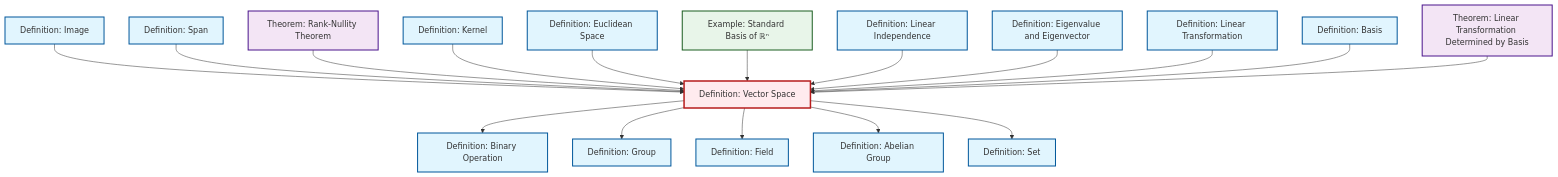
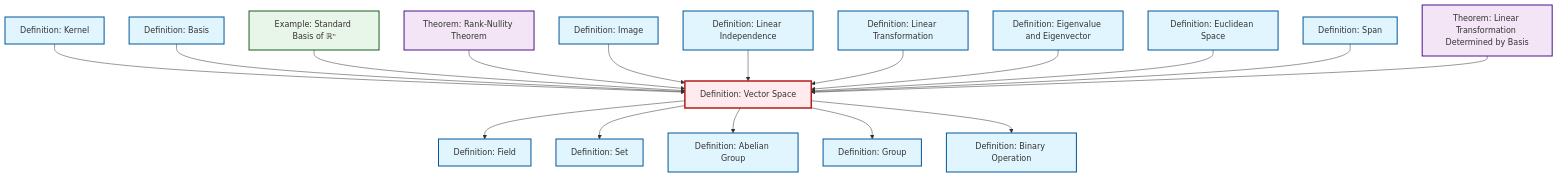
One commit to RK0429/ModernMath changed the diagram in content/ja/algebra/def-vector-space.qmd. Above: the diagram before and after it, drawn with Mermaid. The commit also changed other lines of this file and 360 other files, not shown here.

````diff
--- a/content/ja/algebra/def-vector-space.qmd
+++ b/content/ja/algebra/def-vector-space.qmd
@@ -56,59 +56,59 @@
 ```{mermaid}
 %%| fig-cap: "Local dependency graph"
 graph TD
     classDef definition fill:#e1f5fe,stroke:#01579b,stroke-width:2px
     classDef theorem fill:#f3e5f5,stroke:#4a148c,stroke-width:2px
     classDef axiom fill:#fff3e0,stroke:#e65100,stroke-width:2px
     classDef example fill:#e8f5e9,stroke:#1b5e20,stroke-width:2px
     classDef current fill:#ffebee,stroke:#b71c1c,stroke-width:3px
-    def-binary-operation["Definition: Binary Operation"]:::definition
+    def-basis["Definition: Basis"]:::definition
+    def-span["Definition: Span"]:::definition
     def-abelian-group["Definition: Abelian Group"]:::definition
-    def-eigenvalue-eigenvector["Definition: Eigenvalue and Eigenvector"]:::definition
+    thm-linear-transformation-basis["Theorem: Linear Transformation Determined by Basis"]:::theorem
+    thm-rank-nullity["Theorem: Rank-Nullity Theorem"]:::theorem
     def-kernel["Definition: Kernel"]:::definition
     def-field["Definition: Field"]:::definition
+    def-image["Definition: Image"]:::definition
+    def-set["Definition: Set"]:::definition
+    def-vector-space["Definition: Vector Space"]:::definition
+    def-eigenvalue-eigenvector["Definition: Eigenvalue and Eigenvector"]:::definition
+    ex-standard-basis-rn["Example: Standard Basis of ℝⁿ"]:::example
     def-group["Definition: Group"]:::definition
+    def-euclidean-space["Definition: Euclidean Space"]:::definition
     def-linear-independence["Definition: Linear Independence"]:::definition
-    def-basis["Definition: Basis"]:::definition
+    def-binary-operation["Definition: Binary Operation"]:::definition
     def-linear-transformation["Definition: Linear Transformation"]:::definition
-    def-vector-space["Definition: Vector Space"]:::definition
-    ex-standard-basis-rn["Example: Standard Basis of ℝⁿ"]:::example
-    thm-rank-nullity["Theorem: Rank-Nullity Theorem"]:::theorem
-    def-set["Definition: Set"]:::definition
-    thm-linear-transformation-basis["Theorem: Linear Transformation Determined by Basis"]:::theorem
-    def-euclidean-space["Definition: Euclidean Space"]:::definition
-    def-image["Definition: Image"]:::definition
-    def-span["Definition: Span"]:::definition
+    def-vector-space --> def-field
+    def-vector-space --> def-set
+    def-kernel --> def-vector-space
+    def-basis --> def-vector-space
+    ex-standard-basis-rn --> def-vector-space
+    def-vector-space --> def-abelian-group
+    thm-rank-nullity --> def-vector-space
     def-image --> def-vector-space
-    def-vector-space --> def-binary-operation
+    def-linear-independence --> def-vector-space
+    def-linear-transformation --> def-vector-space
+    def-eigenvalue-eigenvector --> def-vector-space
+    def-euclidean-space --> def-vector-space
     def-span --> def-vector-space
     def-vector-space --> def-group
-    thm-rank-nullity --> def-vector-space
-    def-kernel --> def-vector-space
-    def-euclidean-space --> def-vector-space
-    def-vector-space --> def-field
-    ex-standard-basis-rn --> def-vector-space
-    def-linear-independence --> def-vector-space
-    def-vector-space --> def-abelian-group
-    def-eigenvalue-eigenvector --> def-vector-space
-    def-linear-transformation --> def-vector-space
-    def-basis --> def-vector-space
     thm-linear-transformation-basis --> def-vector-space
-    def-vector-space --> def-set
+    def-vector-space --> def-binary-operation
     class def-vector-space current
-    click def-binary-operation "def-binary-operation.html" "Definition: Binary Operationへ"
+    click def-basis "def-basis.html" "Definition: Basisへ"
+    click def-span "def-span.html" "Definition: Spanへ"
     click def-abelian-group "def-abelian-group.html" "Definition: Abelian Groupへ"
-    click def-eigenvalue-eigenvector "def-eigenvalue-eigenvector.html" "Definition: Eigenvalue and Eigenvectorへ"
+    click thm-linear-transformation-basis "thm-linear-transformation-basis.html" "Theorem: Linear Transformation Determined by Basisへ"
+    click thm-rank-nullity "thm-rank-nullity.html" "Theorem: Rank-Nullity Theoremへ"
     click def-kernel "def-kernel.html" "Definition: Kernelへ"
     click def-field "def-field.html" "Definition: Fieldへ"
+    click def-image "def-image.html" "Definition: Imageへ"
+    click def-set "def-set.html" "Definition: Setへ"
+    click def-eigenvalue-eigenvector "def-eigenvalue-eigenvector.html" "Definition: Eigenvalue and Eigenvectorへ"
+    click ex-standard-basis-rn "ex-standard-basis-rn.html" "Example: Standard Basis of ℝⁿへ"
     click def-group "def-group.html" "Definition: Groupへ"
+    click def-euclidean-space "def-euclidean-space.html" "Definition: Euclidean Spaceへ"
     click def-linear-independence "def-linear-independence.html" "Definition: Linear Independenceへ"
-    click def-basis "def-basis.html" "Definition: Basisへ"
+    click def-binary-operation "def-binary-operation.html" "Definition: Binary Operationへ"
     click def-linear-transformation "def-linear-transformation.html" "Definition: Linear Transformationへ"
-    click ex-standard-basis-rn "ex-standard-basis-rn.html" "Example: Standard Basis of ℝⁿへ"
-    click thm-rank-nullity "thm-rank-nullity.html" "Theorem: Rank-Nullity Theoremへ"
-    click def-set "def-set.html" "Definition: Setへ"
-    click thm-linear-transformation-basis "thm-linear-transformation-basis.html" "Theorem: Linear Transformation Determined by Basisへ"
-    click def-euclidean-space "def-euclidean-space.html" "Definition: Euclidean Spaceへ"
-    click def-image "def-image.html" "Definition: Imageへ"
-    click def-span "def-span.html" "Definition: Spanへ"
 ```
````
